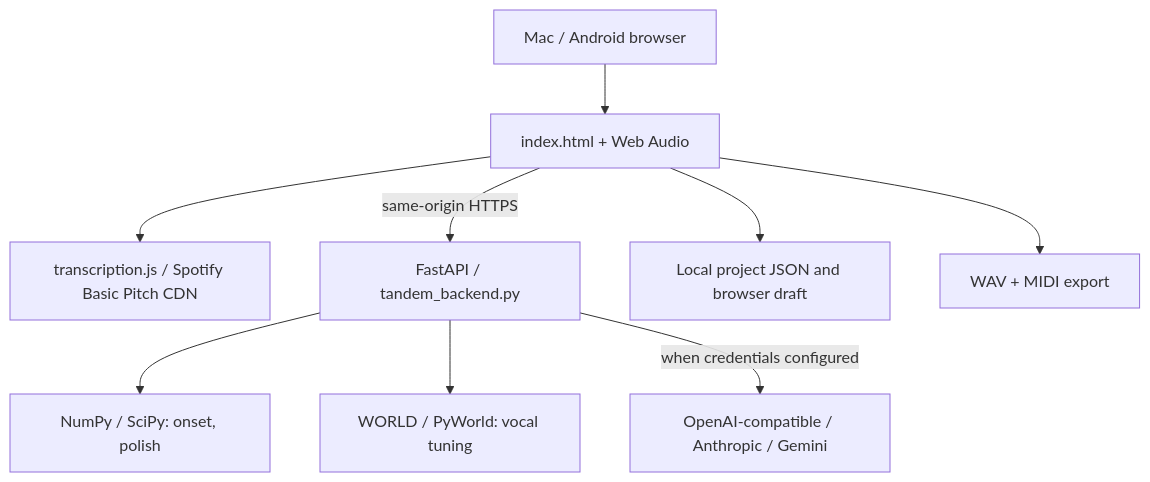
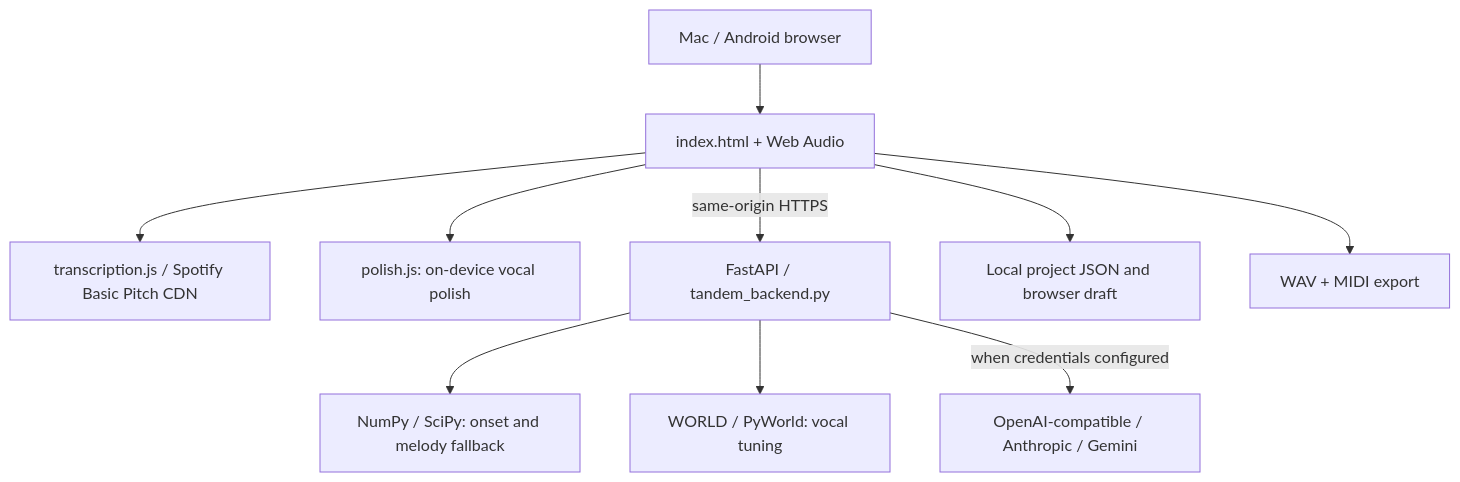
Before and after one commit to ogoldberg/tandem-music: the diagram in docs/ARCHITECTURE.md, drawn with Mermaid. The commit also changed other lines of this file and 17 other files, not shown here.

First line of the commit message:
Run vocal polish on the device instead of the server (PERF.1) (#4)

````diff
--- a/docs/ARCHITECTURE.md
+++ b/docs/ARCHITECTURE.md
@@ -7,11 +7,12 @@
 ```mermaid
 flowchart TD
   User[Mac / Android browser] --> UI[index.html + Web Audio]
   UI --> Basic[transcription.js / Spotify Basic Pitch CDN]
+  UI --> Polish[polish.js: on-device vocal polish]
   UI -->|same-origin HTTPS| API[FastAPI / tandem_backend.py]
-  API --> DSP[NumPy / SciPy: onset, polish]
+  API --> DSP[NumPy / SciPy: onset and melody fallback]
   API --> World[WORLD / PyWorld: vocal tuning]
   API -->|when credentials configured| LLM[OpenAI-compatible / Anthropic / Gemini]
   UI --> Local[Local project JSON and browser draft]
   UI --> Export[WAV + MIDI export]
 ```
````
